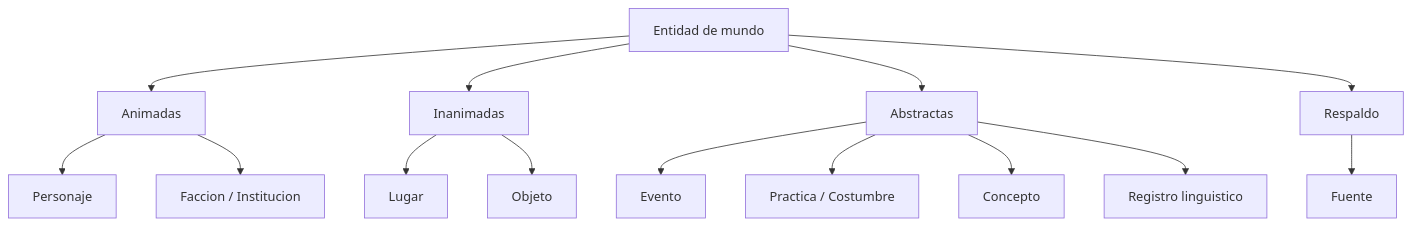
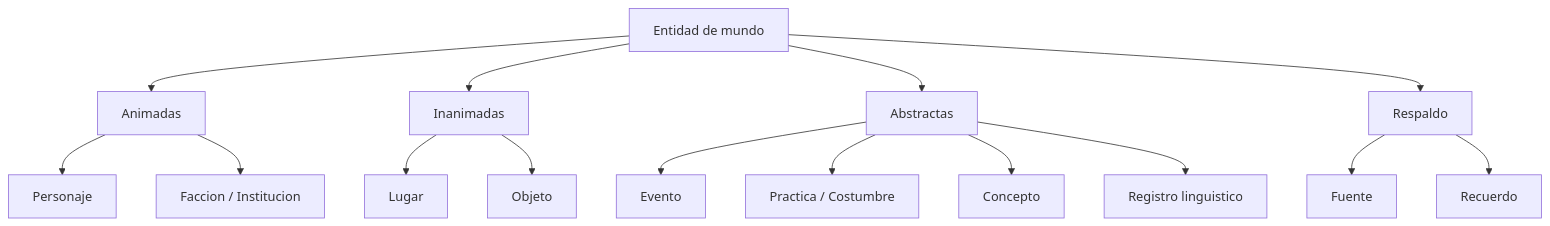
One commit to alvarofernandezqaracter/my-story-maker changed the second of 8 diagrams in docs/domain-knowledge.md. Above: the diagram before and after it, drawn with Mermaid. The commit also changed other lines of this file and 4 other files, not shown here.

````diff
--- a/docs/domain-knowledge.md
+++ b/docs/domain-knowledge.md
@@ -42,16 +42,17 @@
 ```mermaid
 flowchart TD
   MUN[Entidad de mundo] --> AN[Animadas]
   MUN --> IN[Inanimadas]
   MUN --> AB[Abstractas]
   MUN --> DOC[Respaldo]
   AN --> PER[Personaje]
   AN --> FAC[Faccion / Institucion]
   IN --> LUG[Lugar]
   IN --> OBJ[Objeto]
   AB --> EVT[Evento]
   AB --> PRA[Practica / Costumbre]
   AB --> CON[Concepto]
   AB --> REG[Registro linguistico]
   DOC --> FUE[Fuente]
+  DOC --> RCD[Recuerdo]
 ```
````
